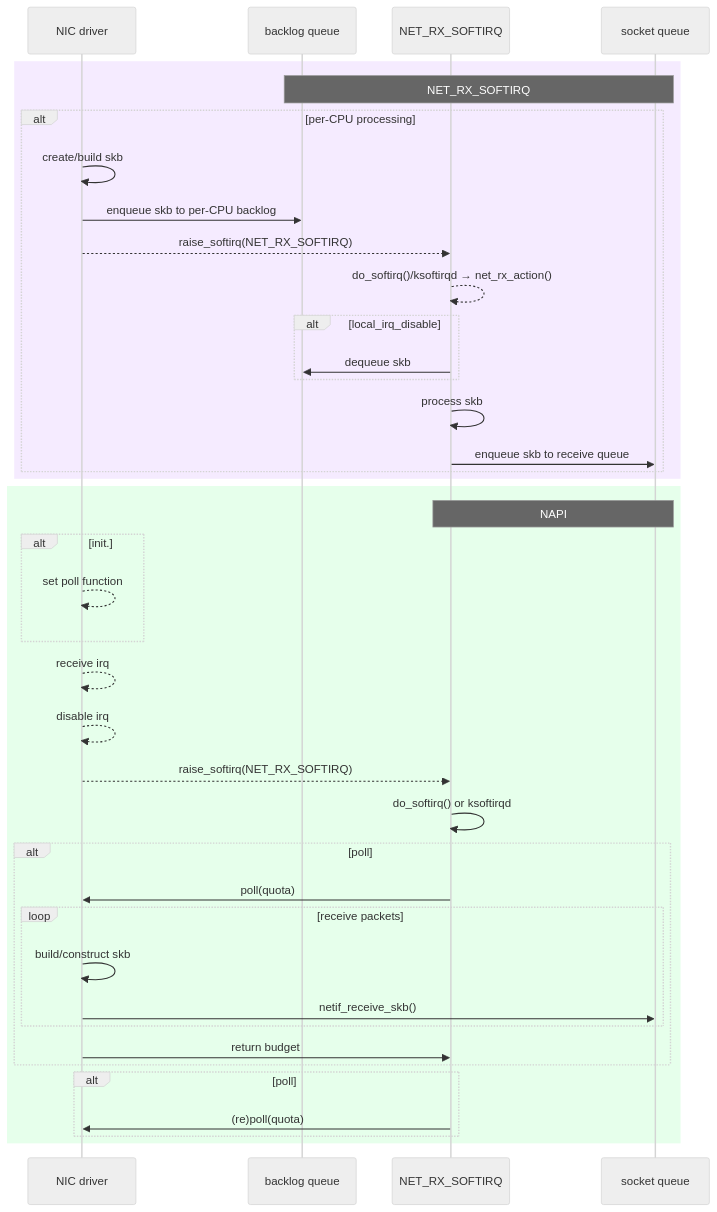
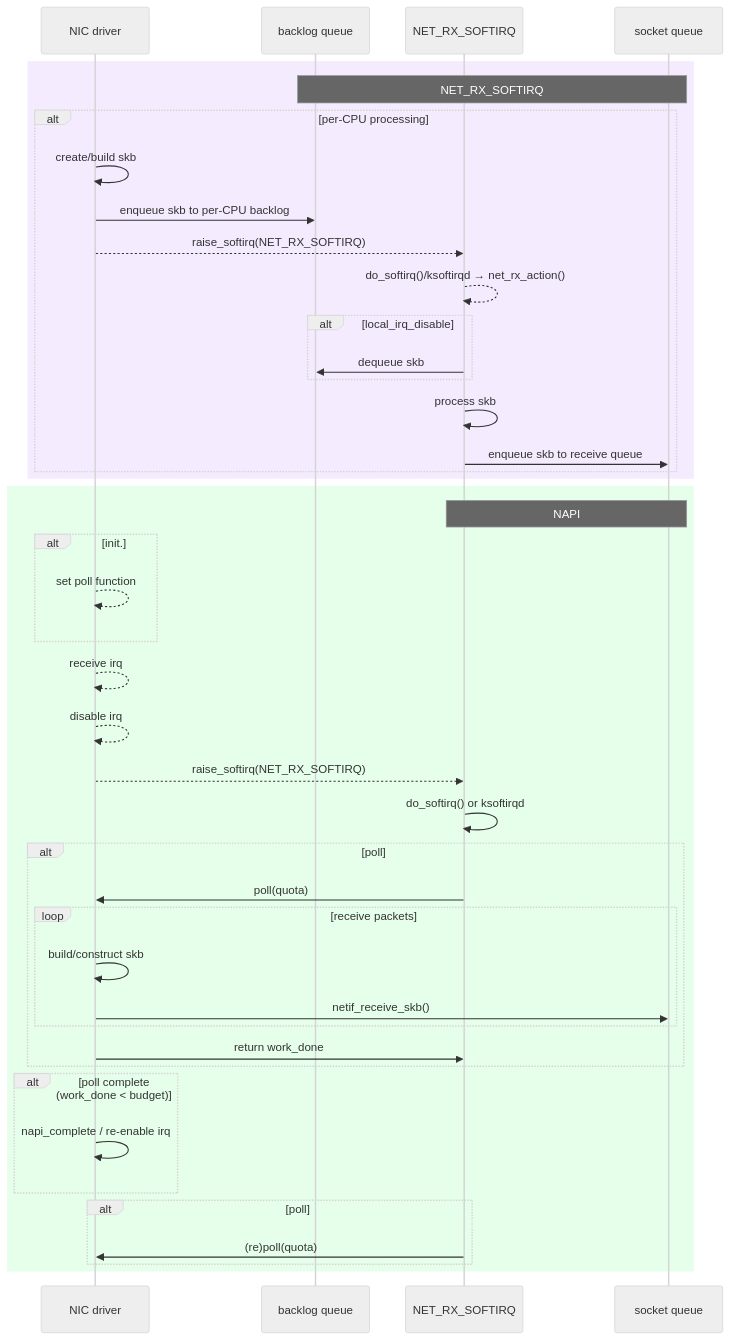
Before and after one commit to nuri-hwang/linux-network-posts: the diagram in posts/napi/03-beyond-softnet.md, drawn with Mermaid (neutral theme). The commit also changed other lines of this file and 2 other files, not shown here.

Commit message:
Fix: Technical inaccuracies in DMA, softirq triggers, and NAPI budget API

````diff
--- a/posts/napi/03-beyond-softnet.md
+++ b/posts/napi/03-beyond-softnet.md
@@ -54,52 +54,56 @@
 ```mermaid
 sequenceDiagram
     participant driver as NIC driver
     participant backlog as backlog queue
     participant softirq as NET_RX_SOFTIRQ
     participant socket as socket queue
 
     %% NET_RX_SOFTIRQ
     rect rgb(245, 235, 255)
         Note over backlog,socket: NET_RX_SOFTIRQ
         alt per-CPU processing
             driver->>driver: create/build skb
             driver->>backlog: enqueue skb to per-CPU backlog
             driver-->>softirq: raise_softirq(NET_RX_SOFTIRQ)
             softirq-->>softirq: do_softirq()/ksoftirqd → net_rx_action()
             alt local_irq_disable 
                 softirq->>backlog: dequeue skb
             end
             softirq->>softirq: process skb
             softirq->>socket: enqueue skb to receive queue
         end
     end
     
     rect rgb(230, 255, 235)
         Note over softirq,socket: NAPI
 
         alt init.
             driver-->>driver: set poll function
         end
 
         driver-->>driver: receive irq
         driver-->>driver: disable irq
         driver-->>softirq: raise_softirq(NET_RX_SOFTIRQ)
 
         %% Softirq polling phase
         softirq->>softirq: do_softirq() or ksoftirqd
 
         alt poll
             softirq->>driver: poll(quota)
             loop receive packets
                 driver->>driver: build/construct skb
                 driver->>socket: netif_receive_skb()
             end
 
-            driver->>softirq: return budget
+            driver->>softirq: return work_done
+        end
+
+        alt poll complete (work_done < budget)
+            driver->>driver: napi_complete / re-enable irq
         end
 
         alt poll
             softirq->>driver: (re)poll(quota)
         end
     end
 ```
````
